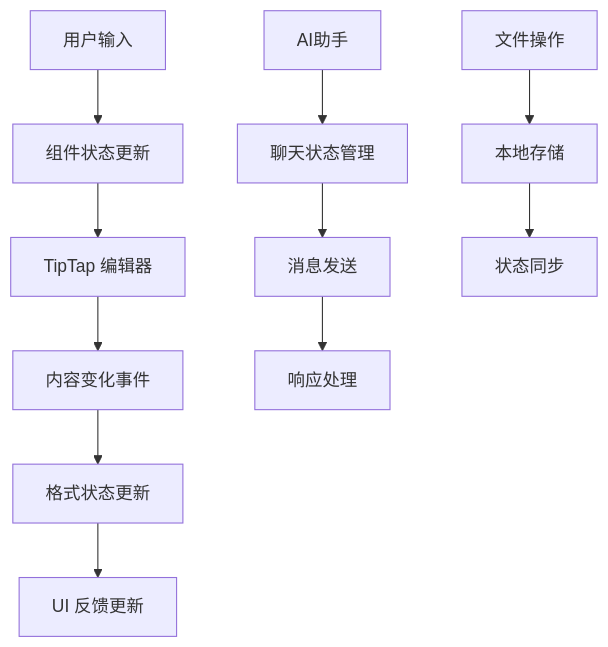
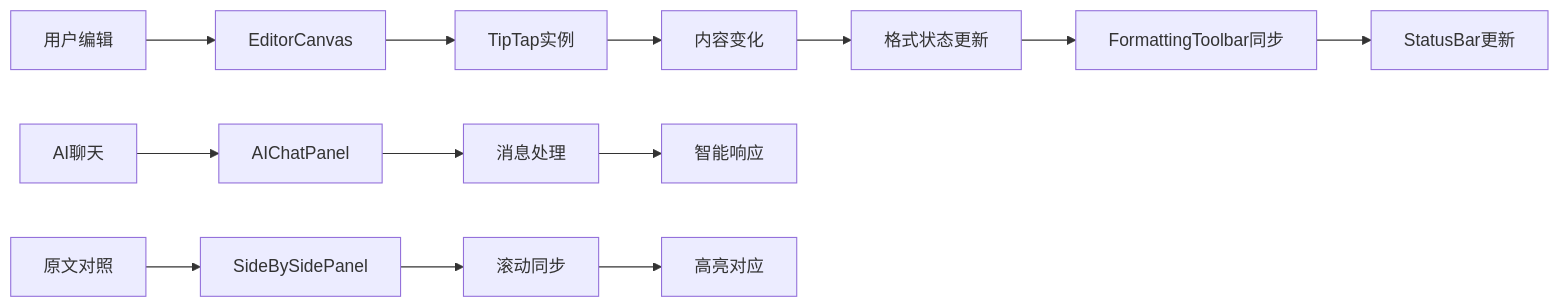
The second of 3 diagrams in Documentations/architecture/frontend.md (yiming630/website), drawn with Mermaid before and after one commit. The commit also changed other lines of this file, not shown here.

````diff
--- a/Documentations/architecture/frontend.md
+++ b/Documentations/architecture/frontend.md
@@ -224,15 +494,17 @@
 ```mermaid
-graph TD
-    A[用户输入] --> B[组件状态更新]
-    B --> C[TipTap 编辑器]
-    C --> D[内容变化事件]
+graph LR
+    A[用户编辑] --> B[EditorCanvas]
+    B --> C[TipTap实例]
+    C --> D[内容变化]
     D --> E[格式状态更新]
-    E --> F[UI 反馈更新]
+    E --> F[FormattingToolbar同步]
+    F --> G[StatusBar更新]
     
-    G[AI助手] --> H[聊天状态管理]
-    H --> I[消息发送]
-    I --> J[响应处理]
+    H[AI聊天] --> I[AIChatPanel]
+    I --> J[消息处理]
+    J --> K[智能响应]
     
-    K[文件操作] --> L[本地存储]
-    L --> M[状态同步]
+    L[原文对照] --> M[SideBySidePanel]
+    M --> N[滚动同步]
+    N --> O[高亮对应]
 ```
````
